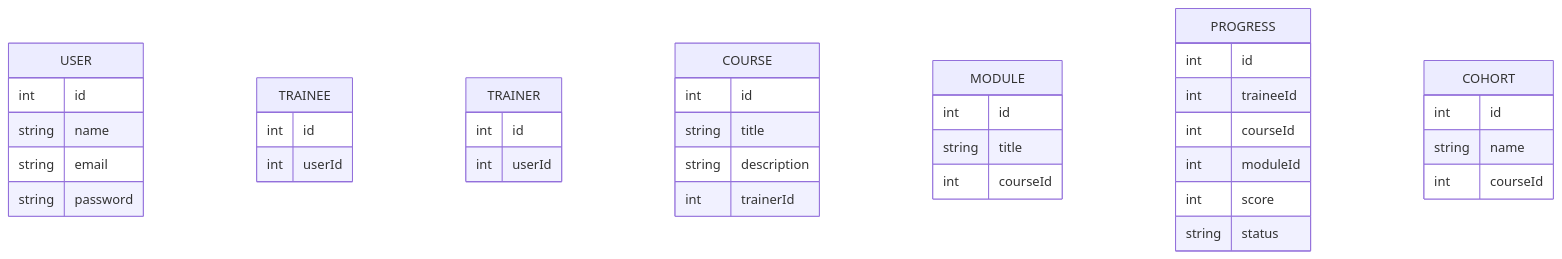
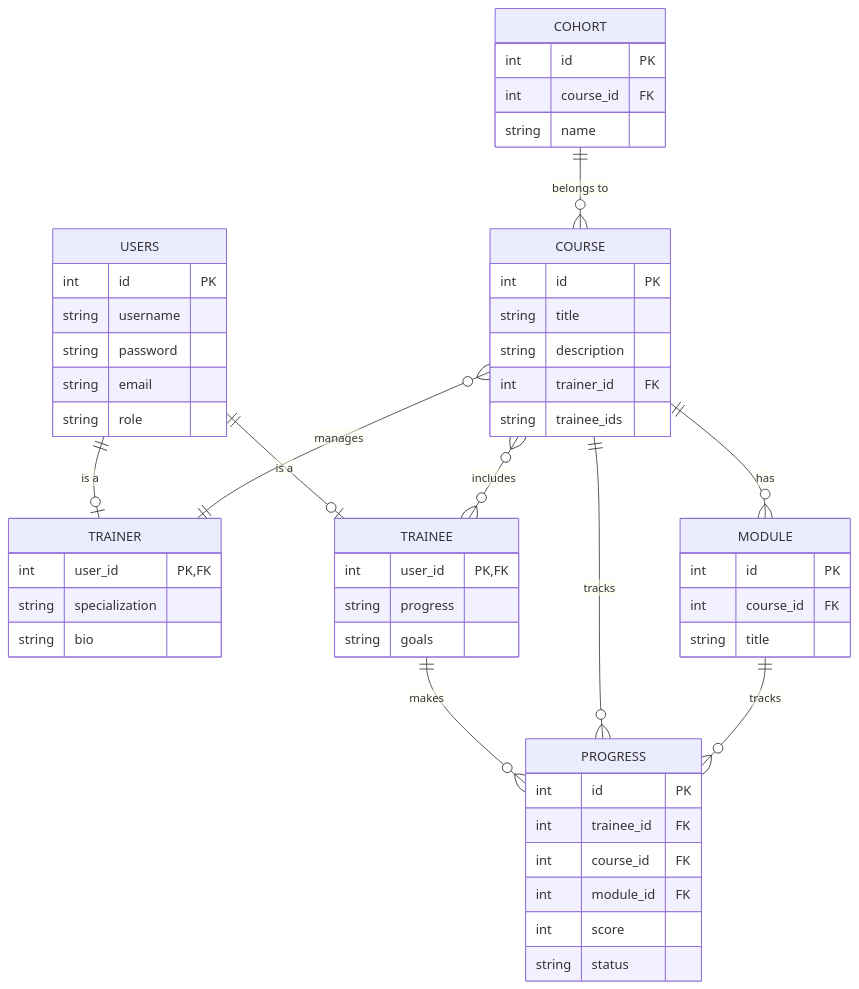
Before and after one commit to erin-airship/training-platform: the second of 2 diagrams in README.md, drawn with Mermaid. The commit also changed other lines of this file, not shown here.

Commit message:
Update README with diagrams and technology used

````diff
--- a/README.md
+++ b/README.md
@@ -97,47 +150,61 @@
 ``` mermaid
 erDiagram
-    USER {
-        int id
+    USERS {
+        int id PK
+        string username
+        string password
+        string email
+        string role
+    }
+
+    TRAINER {
+        int user_id PK, FK
+        string specialization
+        string bio
+    }
+
+    TRAINEE {
+        int user_id PK, FK
+        string progress
+        string goals
+    }
+
+    COHORT {
+        int id PK
+        int course_id FK
         string name
-        string email
-        string password
     }
-    
-    TRAINEE {
-        int id
-        int userId
-    }
-    
-    TRAINER {
-        int id
-        int userId
-    }
-    
+
     COURSE {
-        int id
+        int id PK
         string title
         string description
-        int trainerId
+        int trainer_id FK
+        string trainee_ids
     }
-    
+
     MODULE {
-        int id
+        int id PK
+        int course_id FK
         string title
-        int courseId
     }
-    
+
     PROGRESS {
-        int id
-        int traineeId
-        int courseId
-        int moduleId
+        int id PK
+        int trainee_id FK
+        int course_id FK
+        int module_id FK
         int score
         string status
     }
-    
-    COHORT {
-        int id
-        string name
-        int courseId
-    }
+
+    USERS ||--o| TRAINER: "is a"
+    USERS ||--o| TRAINEE: "is a"
+    COURSE }o--|| TRAINER: "manages"
+    COURSE }o--o{ TRAINEE: "includes"
+    COURSE ||--o{ MODULE: "has"
+    COHORT ||--o{ COURSE: "belongs to"
+    TRAINEE ||--o{ PROGRESS: "makes"
+    COURSE ||--o{ PROGRESS: "tracks"
+    MODULE ||--o{ PROGRESS: "tracks"
 ```
````
